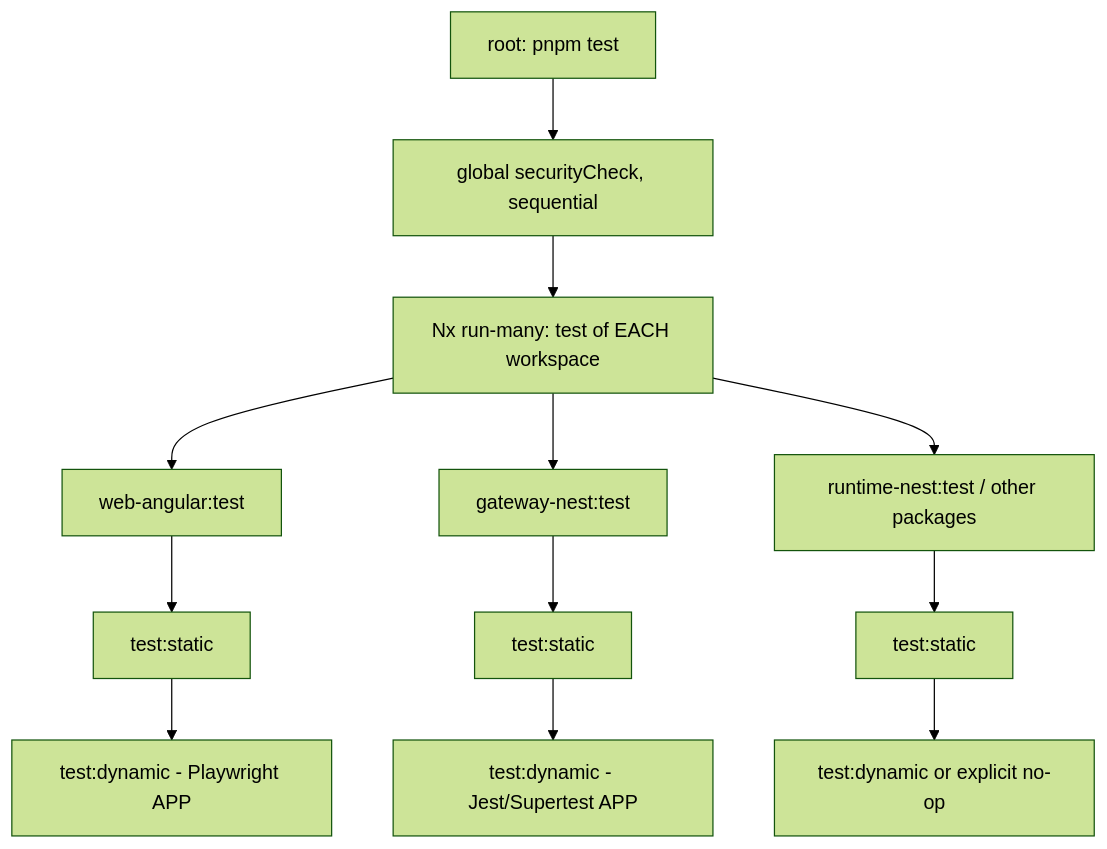
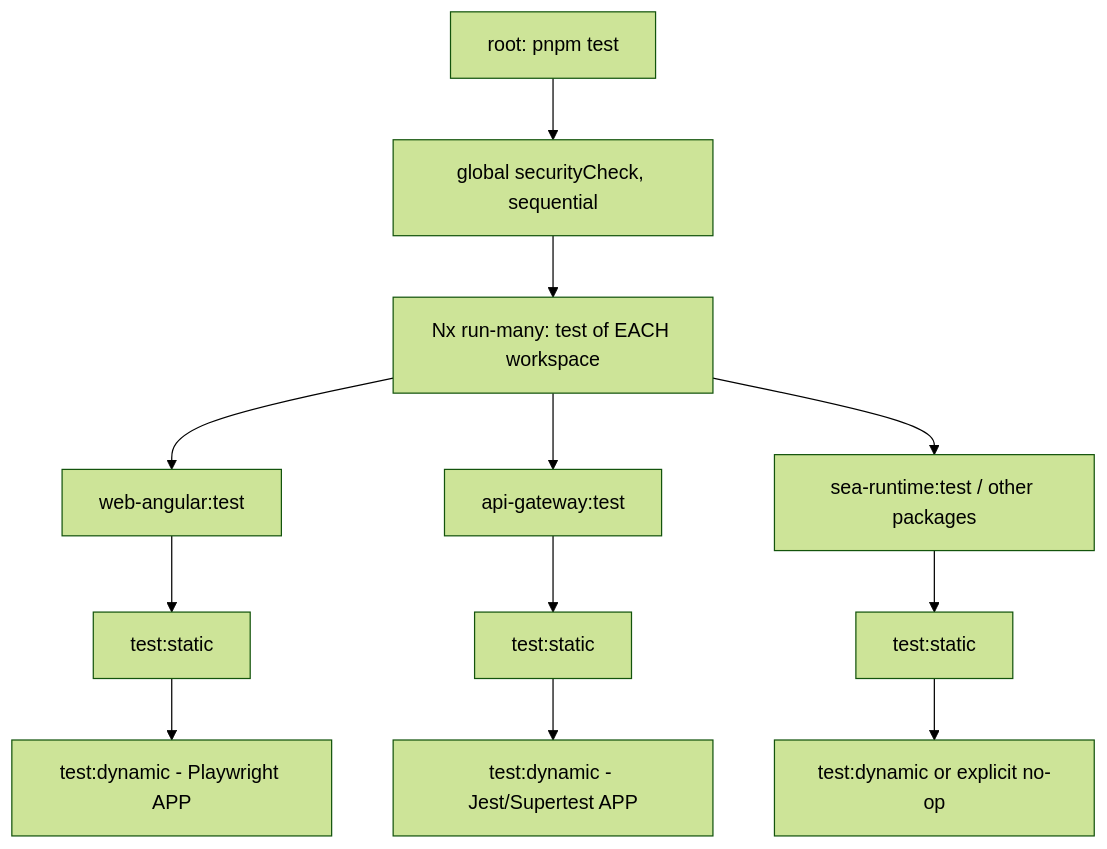
The seventh of 15 diagrams in docs/requirements/11-nx-quality-testing.md (virgenherrera/lan-solution-template), drawn with Mermaid (forest theme) before and after one commit. The commit also changed other lines of this file and 59 other files, not shown here.

Commit message:
feat: POC-1 monorepo, Nest apps and one SEA sidecar (1a to 1c) (#4)

````diff
--- a/docs/requirements/11-nx-quality-testing.md
+++ b/docs/requirements/11-nx-quality-testing.md
@@ -222,11 +222,11 @@
 ```mermaid
 flowchart TD
     Root["root: pnpm test"] --> Guard["global securityCheck, sequential"]
     Guard --> Nx["Nx run-many: test of EACH workspace"]
     Nx --> A["web-angular:test"]
-    Nx --> B["gateway-nest:test"]
-    Nx --> C["runtime-nest:test / other packages"]
+    Nx --> B["api-gateway:test"]
+    Nx --> C["sea-runtime:test / other packages"]
     A --> AS["test:static"] --> AD["test:dynamic - Playwright APP"]
     B --> BS["test:static"] --> BD["test:dynamic - Jest/Supertest APP"]
     C --> CS["test:static"] --> CD["test:dynamic or explicit no-op"]
 ```
````
